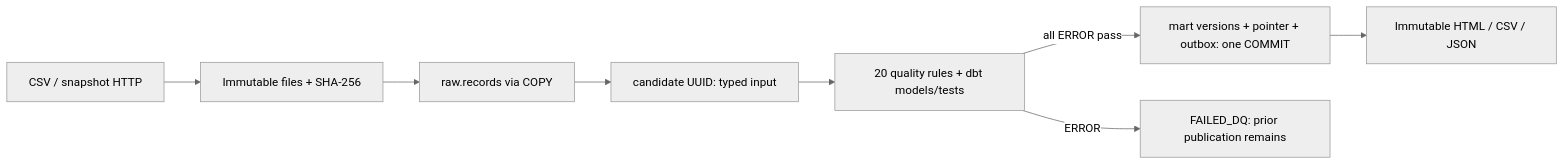
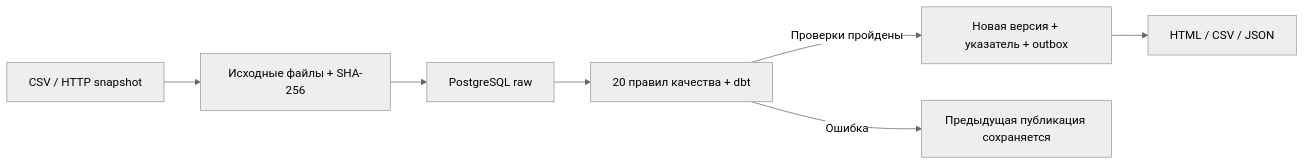
One commit to nekronusss/AutoReport changed the diagram in README.md. Above: the diagram before and after it, drawn with Mermaid (neutral theme). The commit also changed other lines of this file and 5 other files, not shown here.

````diff
--- a/README.md
+++ b/README.md
@@ -117,10 +113,9 @@
 ```mermaid
 flowchart LR
-    S[CSV / snapshot HTTP] --> R[Immutable files + SHA-256]
-    R --> RAW[raw.records via COPY]
-    RAW --> C[candidate UUID: typed input]
-    C --> D[20 quality rules + dbt models/tests]
-    D -->|all ERROR pass| M[mart versions + pointer + outbox: one COMMIT]
-    D -->|ERROR| F[FAILED_DQ: prior publication remains]
-    M --> O[Immutable HTML / CSV / JSON]
+    S[CSV / HTTP snapshot] --> R[Исходные файлы + SHA-256]
+    R --> RAW[PostgreSQL raw]
+    RAW --> Q[20 правил качества + dbt]
+    Q -->|Проверки пройдены| M[Новая версия + указатель + outbox]
+    Q -->|Ошибка| F[Предыдущая публикация сохраняется]
+    M --> O[HTML / CSV / JSON]
 ```
````
